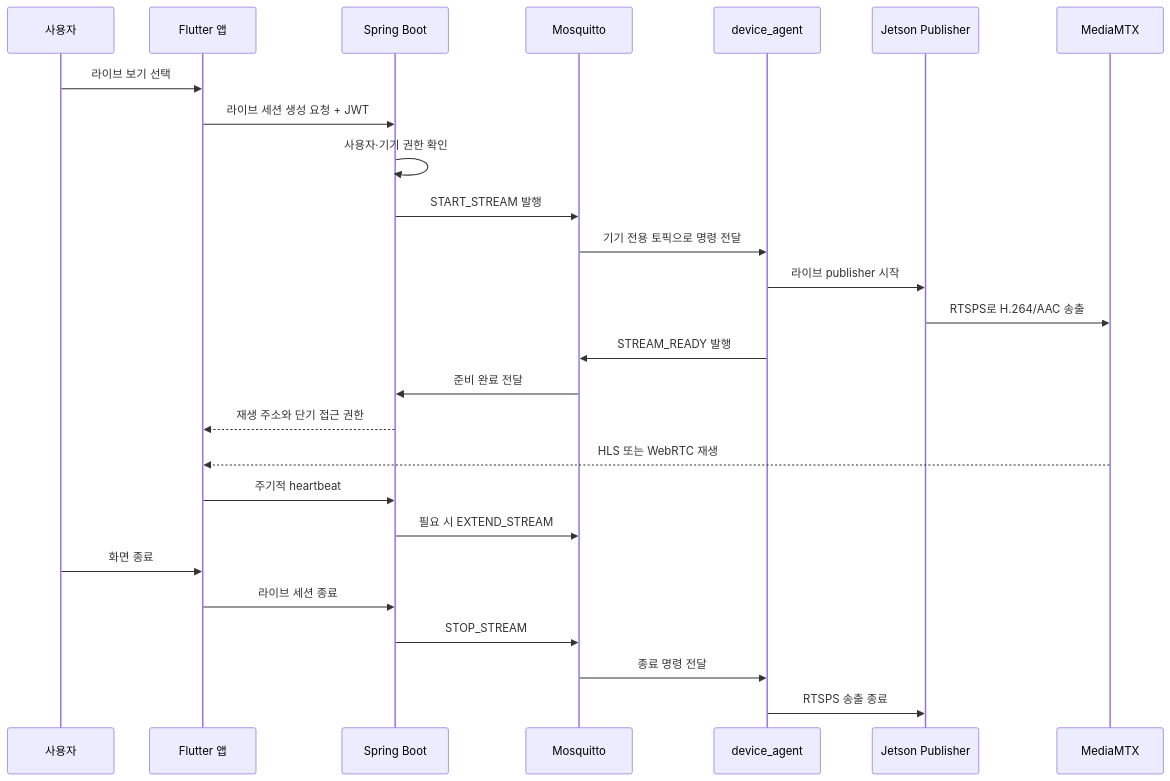
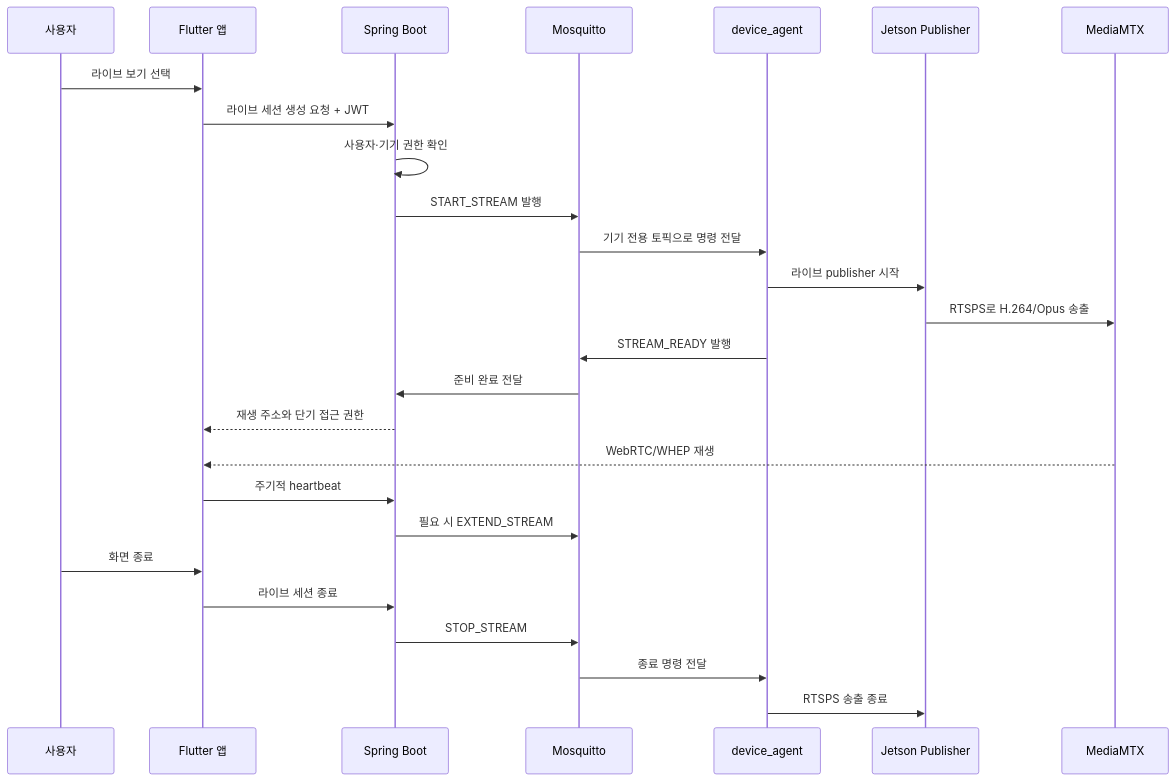
The third of 3 diagrams in ai/시스템_아키텍쳐.md (limbs-han/Bbanggeut), drawn with Mermaid before and after one commit. The commit also changed other lines of this file and 5 other files, not shown here.

First line of the commit message:
refactor(device): switch Pi homecam dev sandbox to WebRTC only

````diff
--- a/ai/시스템_아키텍쳐.md
+++ b/ai/시스템_아키텍쳐.md
@@ -327,29 +327,29 @@
 ```mermaid
 sequenceDiagram
     participant U as 사용자
     participant APP as Flutter 앱
     participant API as Spring Boot
     participant MQ as Mosquitto
     participant D as device_agent
     participant J as Jetson Publisher
     participant M as MediaMTX
 
     U->>APP: 라이브 보기 선택
     APP->>API: 라이브 세션 생성 요청 + JWT
     API->>API: 사용자·기기 권한 확인
     API->>MQ: START_STREAM 발행
     MQ->>D: 기기 전용 토픽으로 명령 전달
     D->>J: 라이브 publisher 시작
-    J->>M: RTSPS로 H.264/AAC 송출
+    J->>M: RTSPS로 H.264/Opus 송출
     D->>MQ: STREAM_READY 발행
     MQ->>API: 준비 완료 전달
     API-->>APP: 재생 주소와 단기 접근 권한
-    M-->>APP: HLS 또는 WebRTC 재생
+    M-->>APP: WebRTC/WHEP 재생
     APP->>API: 주기적 heartbeat
     API->>MQ: 필요 시 EXTEND_STREAM
     U->>APP: 화면 종료
     APP->>API: 라이브 세션 종료
     API->>MQ: STOP_STREAM
     MQ->>D: 종료 명령 전달
     D->>J: RTSPS 송출 종료
 ```
````
